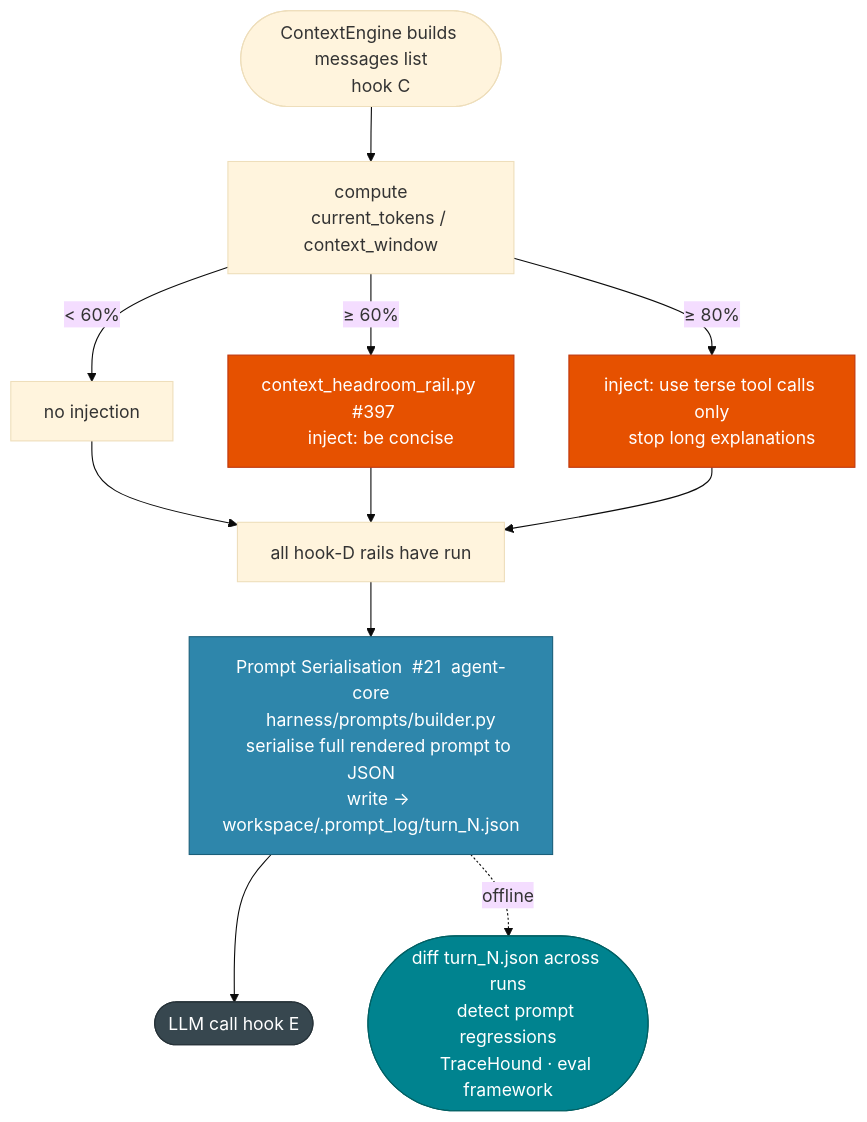
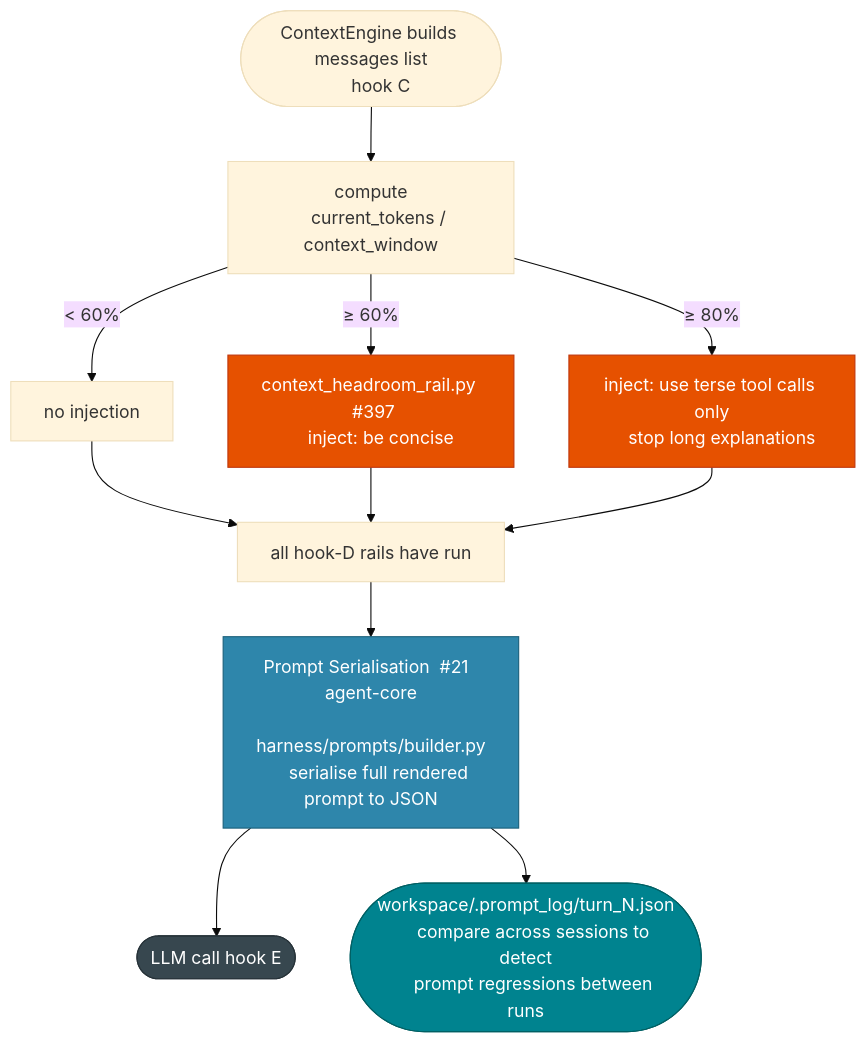
One commit to michaelatamuk/openjiuwen-jiuwenswarm changed the sixth of 8 diagrams in docs-michael/Implementation.Overview.md. Above: the diagram before and after it, drawn with Mermaid (base theme). The commit also changed other lines of this file, not shown here.

````diff
--- a/docs-michael/Implementation.Overview.md
+++ b/docs-michael/Implementation.Overview.md
@@ -702,32 +769,31 @@
 ```mermaid
 flowchart TD
     classDef pre  fill:#E65100,color:#fff,stroke:#BF360C
     classDef ac   fill:#2E86AB,color:#fff,stroke:#1a5f7a
-    classDef side fill:#00838F,color:#fff,stroke:#006064
+    classDef log  fill:#00838F,color:#fff,stroke:#006064
     classDef io   fill:#37474F,color:#fff,stroke:#263238
 
     MSG(["ContextEngine builds messages list
     hook C"])
 
     MSG --> RATIO["compute
     current_tokens / context_window"]
 
     RATIO -->|"< 60%"| PASS["no injection"]
     RATIO -->|"≥ 60%"| NUDGE["context_headroom_rail.py  #397
     inject: be concise"]:::pre
     RATIO -->|"≥ 80%"| CRIT["inject: use terse tool calls only
     stop long explanations"]:::pre
 
     PASS & NUDGE & CRIT --> ALL["all hook-D rails have run"]
 
     ALL --> SER["Prompt Serialisation  #21  agent-core
     harness/prompts/builder.py
-    serialise full rendered prompt to JSON
-    write → workspace/.prompt_log/turn_N.json"]:::ac
+    serialise full rendered prompt to JSON"]:::ac
 
     SER --> LLM(["LLM call  hook E"]):::io
 
-    SER -.->|"offline"| DIFF(["diff turn_N.json across runs
-    detect prompt regressions
-    TraceHound · eval framework"]):::side
+    SER --> LOG(["workspace/.prompt_log/turn_N.json
+    compare across sessions to detect
+    prompt regressions between runs"]):::log
 ```
````
